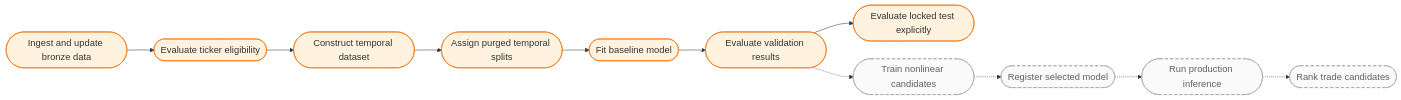
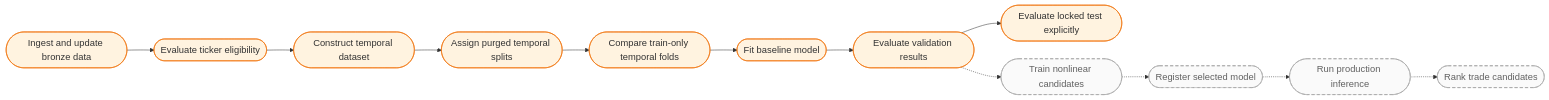
Before and after one commit to Frallmeister/swingtrader-app: the first of 5 diagrams in docs/modeling/workflows.md, drawn with Mermaid. The commit also changed other lines of this file and 18 other files, not shown here.

First line of the commit message:
Support explicit model feature selection and train-only temporal cross-validation (#125)

````diff
--- a/docs/modeling/workflows.md
+++ b/docs/modeling/workflows.md
@@ -9,23 +9,24 @@
 ```mermaid
 %%{init: {"themeVariables": {"fontSize": "18px"}, "flowchart": {"nodeSpacing": 34, "rankSpacing": 52}}}%%
 flowchart LR
     ingest([Ingest and update bronze data])
     eligibility([Evaluate ticker eligibility])
     construct([Construct temporal dataset])
     split([Assign purged temporal splits])
+    cross_validate([Compare train-only temporal folds])
     train([Fit baseline model])
     validate([Evaluate validation results])
     test([Evaluate locked test explicitly])
     advanced([Train nonlinear candidates])
     register([Register selected model])
     infer([Run production inference])
     rank([Rank trade candidates])
 
-    ingest --> eligibility --> construct --> split --> train --> validate --> test
+    ingest --> eligibility --> construct --> split --> cross_validate --> train --> validate --> test
     validate -.-> advanced -.-> register -.-> infer -.-> rank
 
     classDef implemented fill:#fff3e0,stroke:#ef6c00
     classDef planned fill:#fafafa,stroke:#9e9e9e,color:#616161,stroke-dasharray:6 4
-    class ingest,eligibility,construct,split,train,validate,test implemented
+    class ingest,eligibility,construct,split,cross_validate,train,validate,test implemented
     class advanced,register,infer,rank planned
 ```
````
